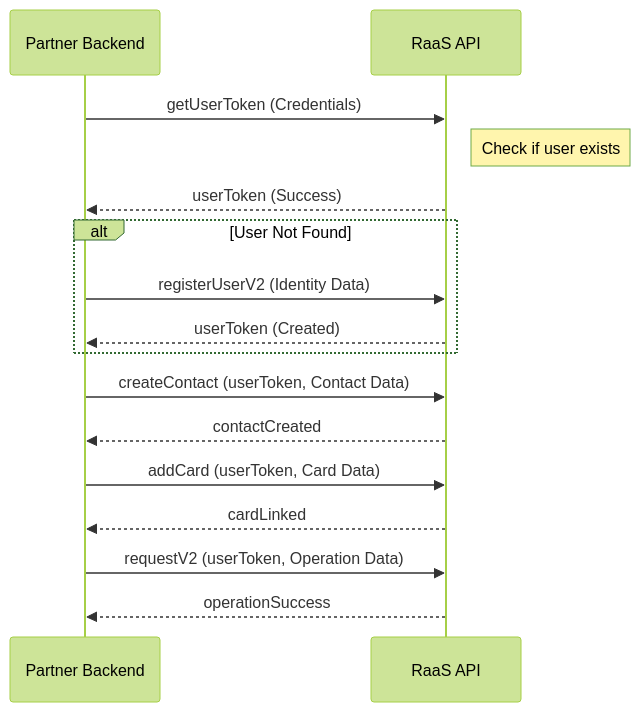
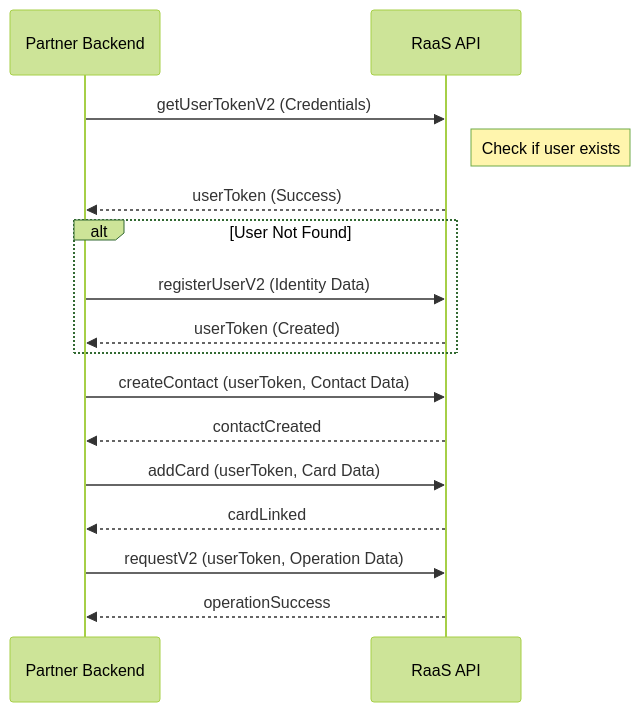
Before and after one commit to jecomas/raas-partner-doc: the diagram in api-reference/introduction.mdx, drawn with Mermaid (forest theme). The commit also changed other lines of this file and 9 other files, not shown here.

````diff
--- a/api-reference/introduction.mdx
+++ b/api-reference/introduction.mdx
@@ -52,23 +54,23 @@
 ```mermaid
 sequenceDiagram
     participant Partner as Partner Backend
     participant API as RaaS API
 
-    Partner->>API: getUserToken (Credentials)
+    Partner->>API: getUserTokenV2 (Credentials)
     Note right of API: Check if user exists
     API-->>Partner: userToken (Success)
 
     alt User Not Found
         Partner->>API: registerUserV2 (Identity Data)
         API-->>Partner: userToken (Created)
     end
 
     Partner->>API: createContact (userToken, Contact Data)
     API-->>Partner: contactCreated
 
     Partner->>API: addCard (userToken, Card Data)
     API-->>Partner: cardLinked
 
     Partner->>API: requestV2 (userToken, Operation Data)
     API-->>Partner: operationSuccess
 ```
````
